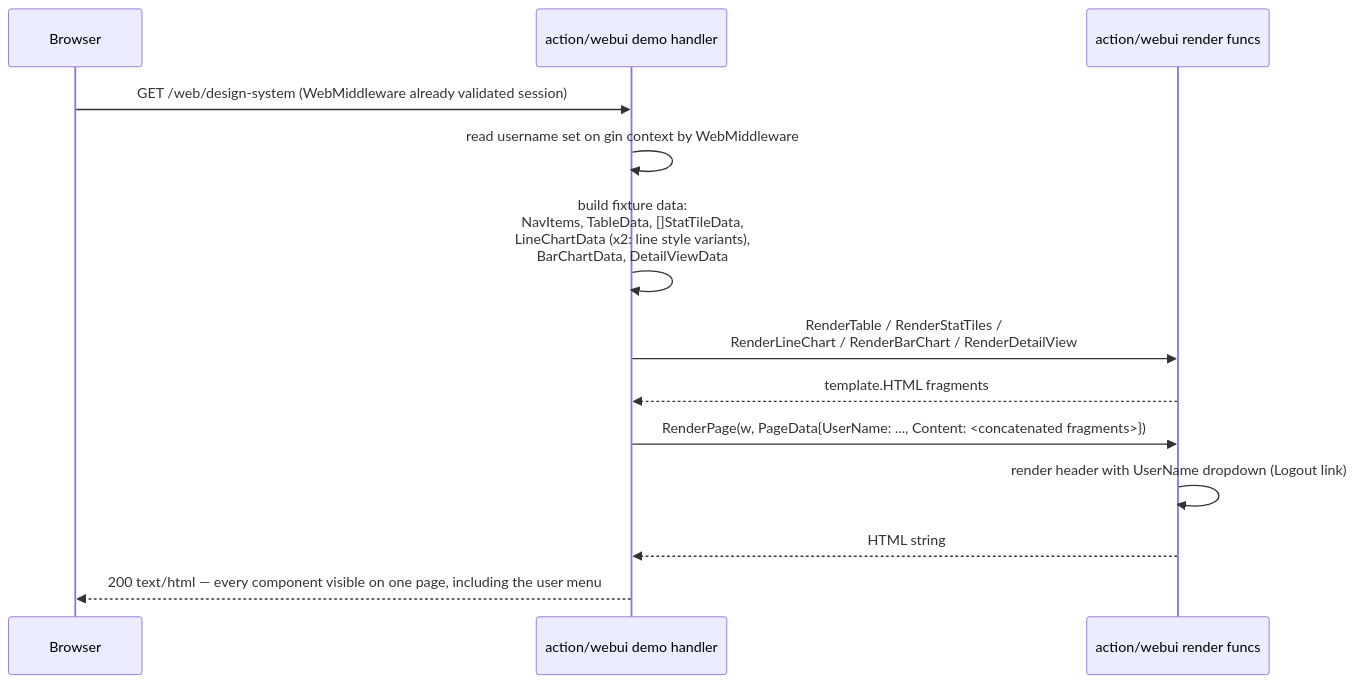
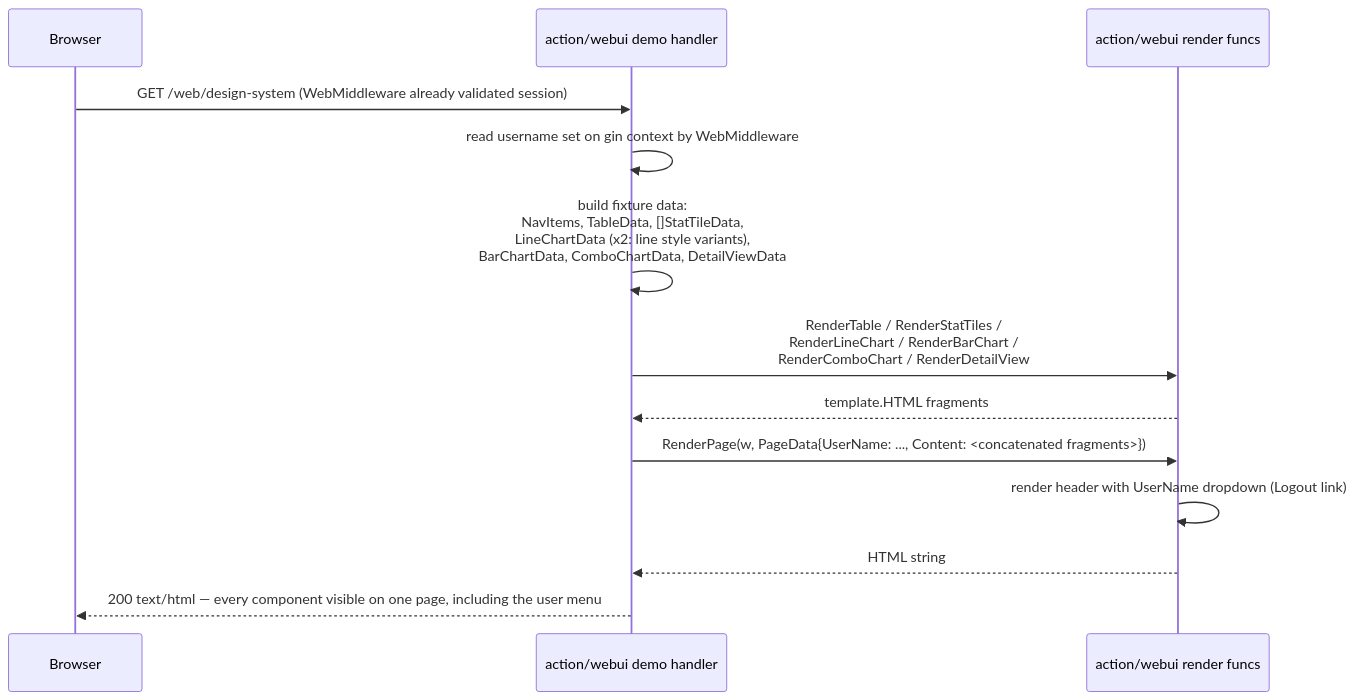
The second of 4 diagrams in docs/functions/webui-spec.md (rusinikita/personal), drawn with Mermaid before and after one commit. The commit also changed other lines of this file and 11 other files, not shown here.

First line of the commit message:
feat(webui): add combo chart component, use it for Money's balance trend

````diff
--- a/docs/functions/webui-spec.md
+++ b/docs/functions/webui-spec.md
@@ -106,16 +109,16 @@
 ```mermaid
 sequenceDiagram
     participant Browser
     participant Demo as action/webui demo handler
     participant Webui as action/webui render funcs
 
     Browser->>Demo: GET /web/design-system (WebMiddleware already validated session)
     Demo->>Demo: read username set on gin context by WebMiddleware
-    Demo->>Demo: build fixture data:<br/>NavItems, TableData, []StatTileData,<br/>LineChartData (x2: line style variants),<br/>BarChartData, DetailViewData
-    Demo->>Webui: RenderTable / RenderStatTiles /<br/>RenderLineChart / RenderBarChart / RenderDetailView
+    Demo->>Demo: build fixture data:<br/>NavItems, TableData, []StatTileData,<br/>LineChartData (x2: line style variants),<br/>BarChartData, ComboChartData, DetailViewData
+    Demo->>Webui: RenderTable / RenderStatTiles /<br/>RenderLineChart / RenderBarChart /<br/>RenderComboChart / RenderDetailView
     Webui-->>Demo: template.HTML fragments
     Demo->>Webui: RenderPage(w, PageData{UserName: ..., Content: <concatenated fragments>})
     Webui->>Webui: render header with UserName dropdown (Logout link)
     Webui-->>Demo: HTML string
     Demo-->>Browser: 200 text/html — every component visible on one page, including the user menu
 ```
````
